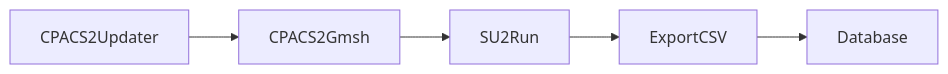
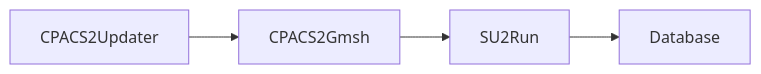
One commit to cfsengineering/CEASIOMpy changed the second of 2 diagrams in README.md. Above: the diagram before and after it, drawn with Mermaid. The commit also changed other lines of this file and 15 other files, not shown here.

````diff
--- a/README.md
+++ b/README.md
@@ -147,7 +147,6 @@
 ```mermaid
   graph LR;
       CPACS2Updater-->CPACS2Gmsh;
       CPACS2Gmsh-->SU2Run;
-      SU2Run-->ExportCSV;
-      ExportCSV-->Database;
+      SU2Run-->Database;
 ```
````
